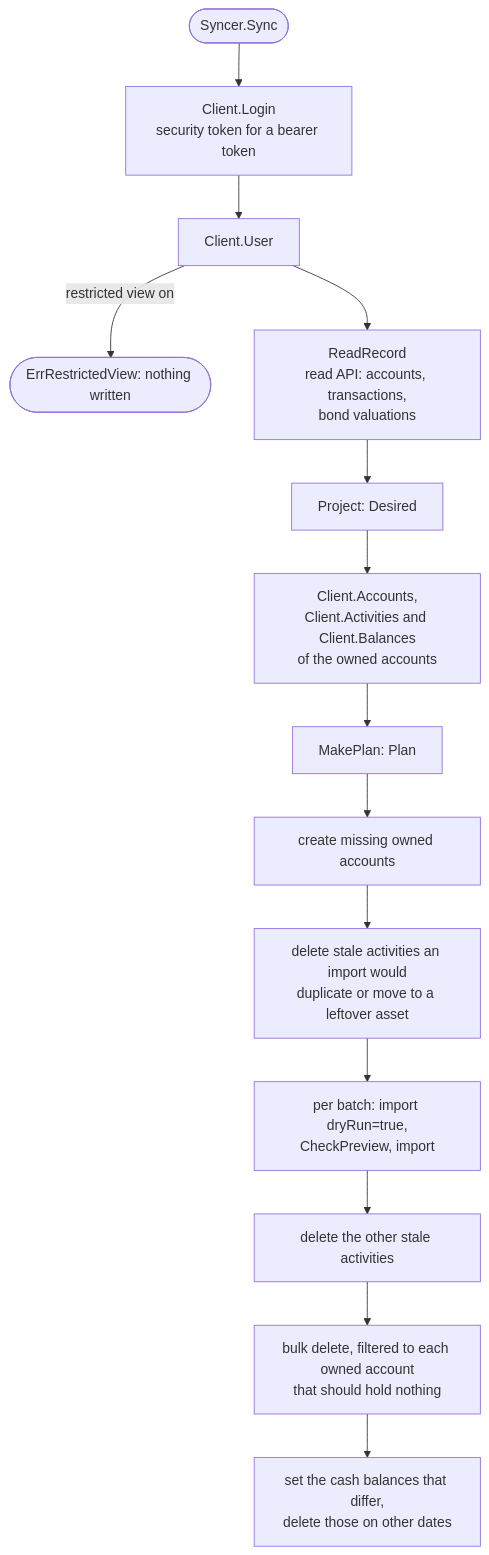
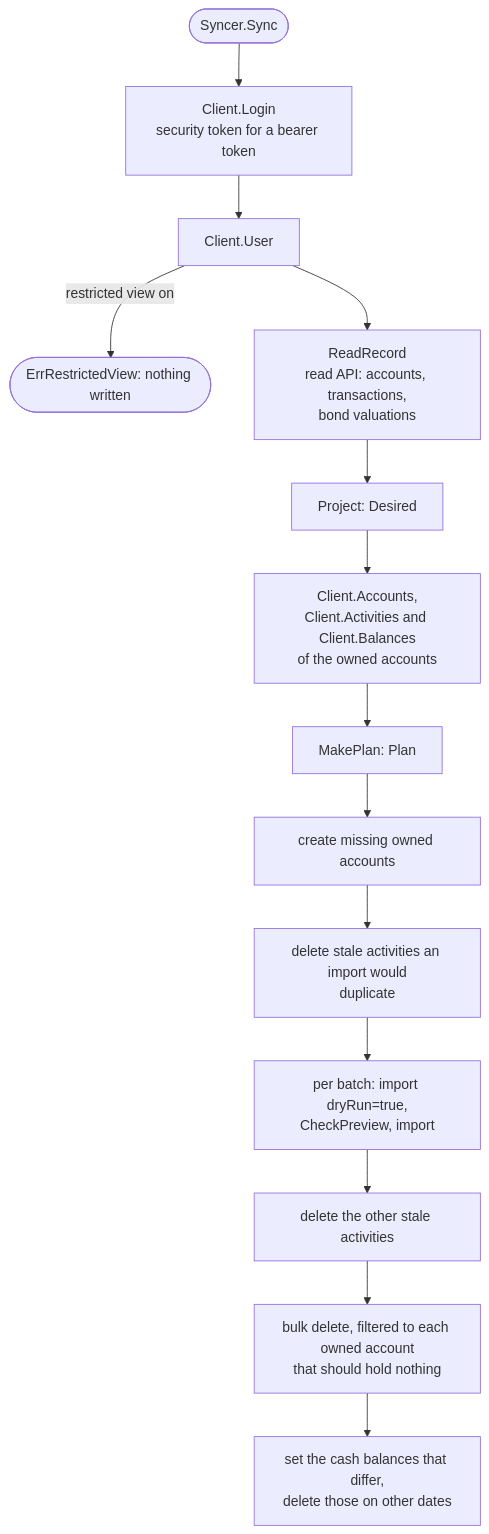
Before and after one commit to arkadiuss/openfief: the first of 2 diagrams in docs/concepts/ghostfolio.md, drawn with Mermaid. The commit also changed other lines of this file and 122 other files, not shown here.

````diff
--- a/docs/concepts/ghostfolio.md
+++ b/docs/concepts/ghostfolio.md
@@ -34,16 +34,16 @@
 ```mermaid
 flowchart TD
   start(["Syncer.Sync"]) --> login["Client.Login<br/>security token for a bearer token"]
   login --> user["Client.User"]
   user -- "restricted view on" --> refuse(["ErrRestrictedView: nothing written"])
   user --> read["ReadRecord<br/>read API: accounts, transactions,<br/>bond valuations"]
   read --> project["Project: Desired"]
   project --> actual["Client.Accounts,<br/>Client.Activities and Client.Balances<br/>of the owned accounts"]
   actual --> plan["MakePlan: Plan"]
   plan --> create["create missing owned accounts"]
-  create --> pre["delete stale activities an import would<br/>duplicate or move to a leftover asset"]
+  create --> pre["delete stale activities an import would<br/>duplicate"]
   pre --> batches["per batch: import dryRun=true,<br/>CheckPreview, import"]
   batches --> del["delete the other stale activities"]
   del --> clear["bulk delete, filtered to each owned account<br/>that should hold nothing"]
   clear --> cash["set the cash balances that differ,<br/>delete those on other dates"]
 ```
````
